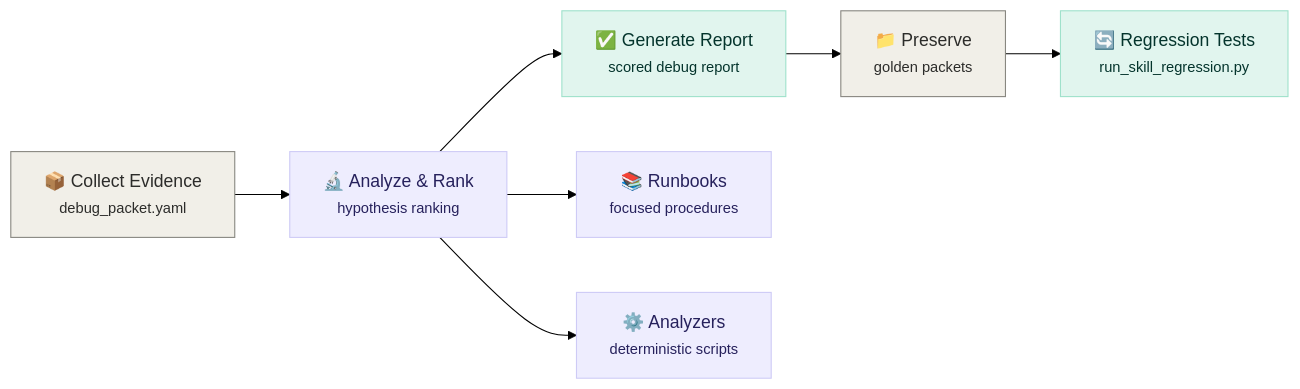
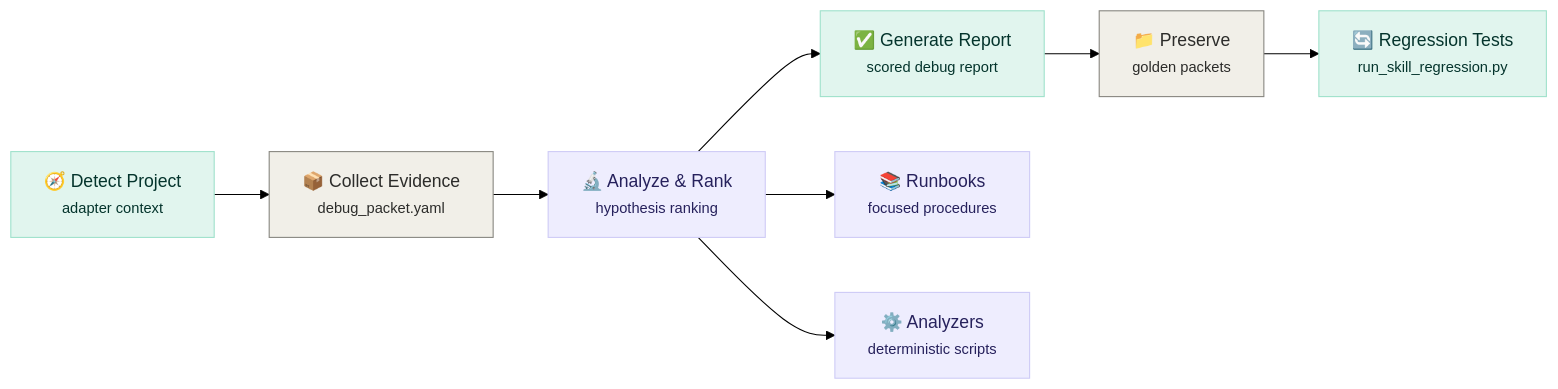
One commit to shark0304/personal-embeded-debug-skill changed the diagram in README.md. Above: the diagram before and after it, drawn with Mermaid (forest theme). The commit also changed other lines of this file and 8 other files, not shown here.

Commit message:
Add real project debug adapters

````diff
--- a/README.md
+++ b/README.md
@@ -104,19 +146,21 @@
 ```mermaid
 flowchart LR
-    A["📦 Collect Evidence<br/><small>debug_packet.yaml</small>"] --> B["🔬 Analyze & Rank<br/><small>hypothesis ranking</small>"]
+    P["🧭 Detect Project<br/><small>adapter context</small>"] --> A["📦 Collect Evidence<br/><small>debug_packet.yaml</small>"]
+    A --> B["🔬 Analyze & Rank<br/><small>hypothesis ranking</small>"]
     B --> C["✅ Generate Report<br/><small>scored debug report</small>"]
     C --> D["📁 Preserve<br/><small>golden packets</small>"]
     
     B --> E["📚 Runbooks<br/><small>focused procedures</small>"]
     B --> F["⚙️ Analyzers<br/><small>deterministic scripts</small>"]
     
     D --> G["🔄 Regression Tests<br/><small>run_skill_regression.py</small>"]
     
+    style P fill:#E1F5EE,stroke:#9FE1CB,color:#04342C
     style A fill:#f1efe8,stroke:#888780,color:#2C2C2A
     style B fill:#EEEDFE,stroke:#CECBF6,color:#26215C
     style C fill:#E1F5EE,stroke:#9FE1CB,color:#04342C
     style D fill:#f1efe8,stroke:#888780,color:#2C2C2A
     style E fill:#EEEDFE,stroke:#CECBF6,color:#26215C
     style F fill:#EEEDFE,stroke:#CECBF6,color:#26215C
     style G fill:#E1F5EE,stroke:#9FE1CB,color:#04342C
 ```
````
